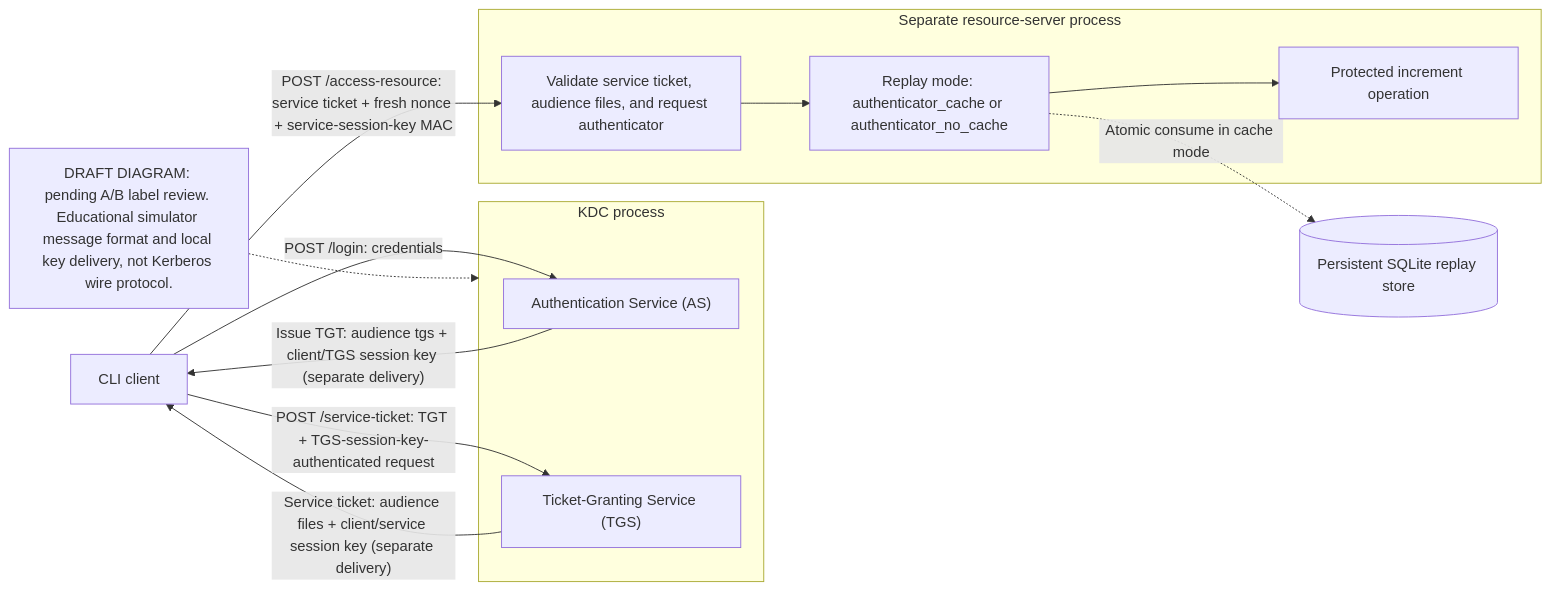
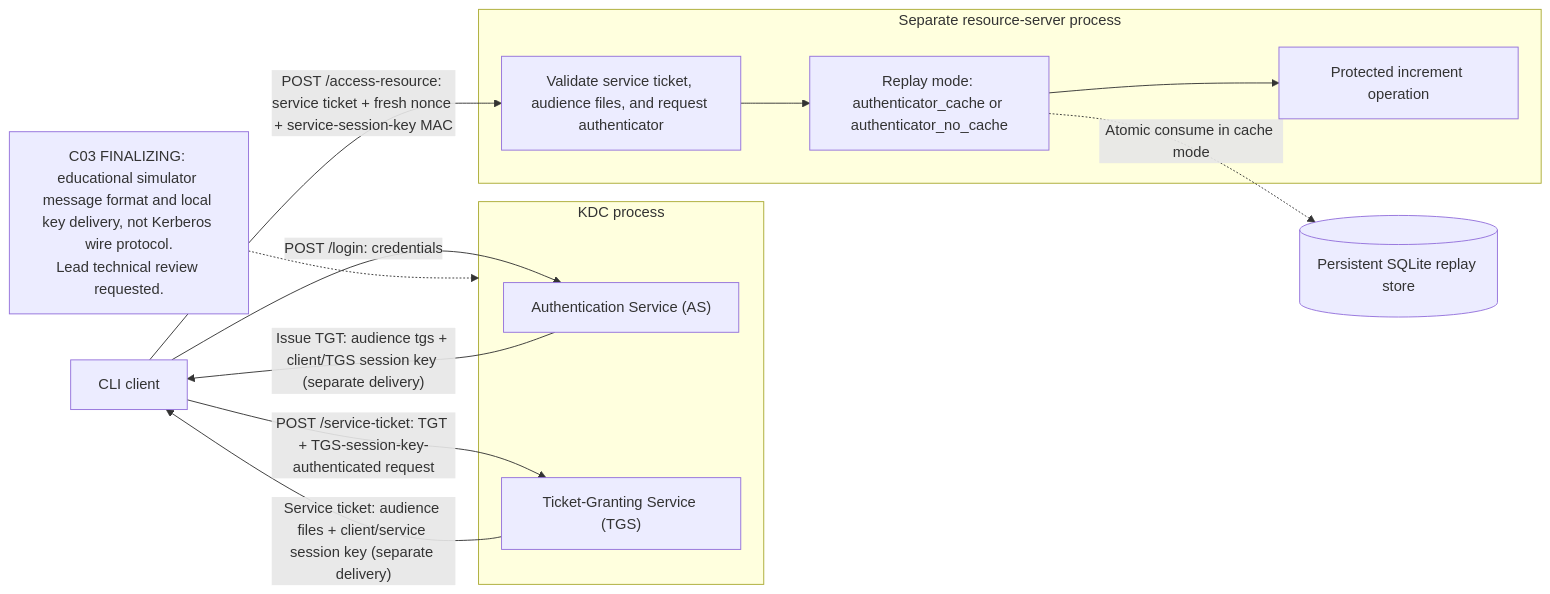
Before and after one commit to Thanmay-codes/INS-mini-project: the diagram in docs/diagrams/architecture.mmd, drawn with Mermaid. The commit also changed 7 other files, not shown here.

Commit message:
C03: finalize diagram and presentation assets.

```diff
--- a/docs/diagrams/architecture.mmd
+++ b/docs/diagrams/architecture.mmd
@@ -1,25 +1,25 @@
 flowchart LR
     C["CLI client"]
 
     subgraph KDC["KDC process"]
         AS["Authentication Service (AS)"]
         TGS["Ticket-Granting Service (TGS)"]
     end
 
     subgraph RS["Separate resource-server process"]
         V["Validate service ticket, audience files, and request authenticator"]
         RC["Replay mode: authenticator_cache or authenticator_no_cache"]
         OP["Protected increment operation"]
         V --> RC --> OP
     end
 
     DB[("Persistent SQLite replay store")]
     C -->|"POST /login: credentials"| AS
     AS -->|"Issue TGT: audience tgs + client/TGS session key (separate delivery)"| C
     C -->|"POST /service-ticket: TGT + TGS-session-key-authenticated request"| TGS
     TGS -->|"Service ticket: audience files + client/service session key (separate delivery)"| C
     C -->|"POST /access-resource: service ticket + fresh nonce + service-session-key MAC"| V
     RC -.->|"Atomic consume in cache mode"| DB
 
-    N["DRAFT DIAGRAM: pending A/B label review. Educational simulator message format and local key delivery, not Kerberos wire protocol."]
+    N["C03 FINALIZING: educational simulator message format and local key delivery, not Kerberos wire protocol.<br/>Lead technical review requested."]
     N -.-> KDC
```
